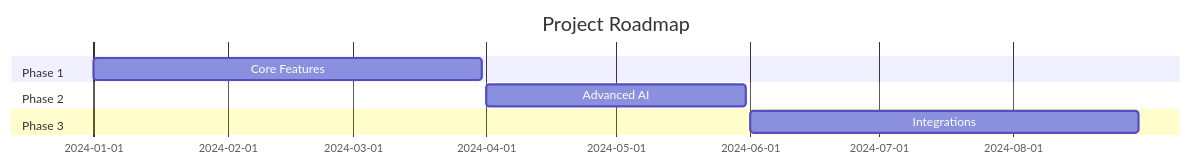
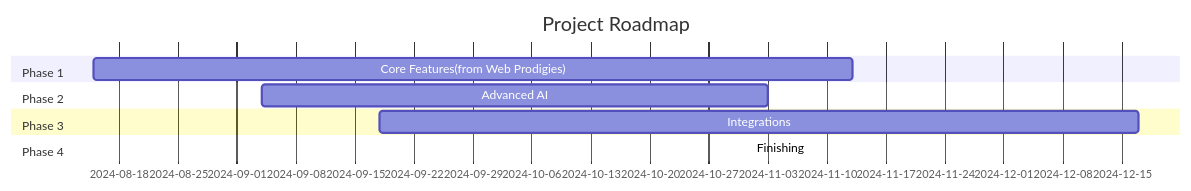
The second of 3 diagrams in README.md (vin-dKR/hellium), drawn with Mermaid before and after one commit. The commit also changed other lines of this file, not shown here.

````diff
--- a/README.md
+++ b/README.md
@@ -246,11 +265,13 @@
 ```mermaid
 gantt
 title Project Roadmap
 dateFormat YYYY-MM-DD
 section Phase 1
-Core Features :2024-01-01, 90d
+Core Features(from Web Prodigies) :2024-08-15, 90d
 section Phase 2
-Advanced AI :2024-04-01, 60d
+Advanced AI :2024-09-04, 60d
 section Phase 3
-Integrations :2024-06-01, 90d
+Integrations :2024-09-18, 90d
+section Phase 4
+Finishing :2024-11-01
 ```
````
